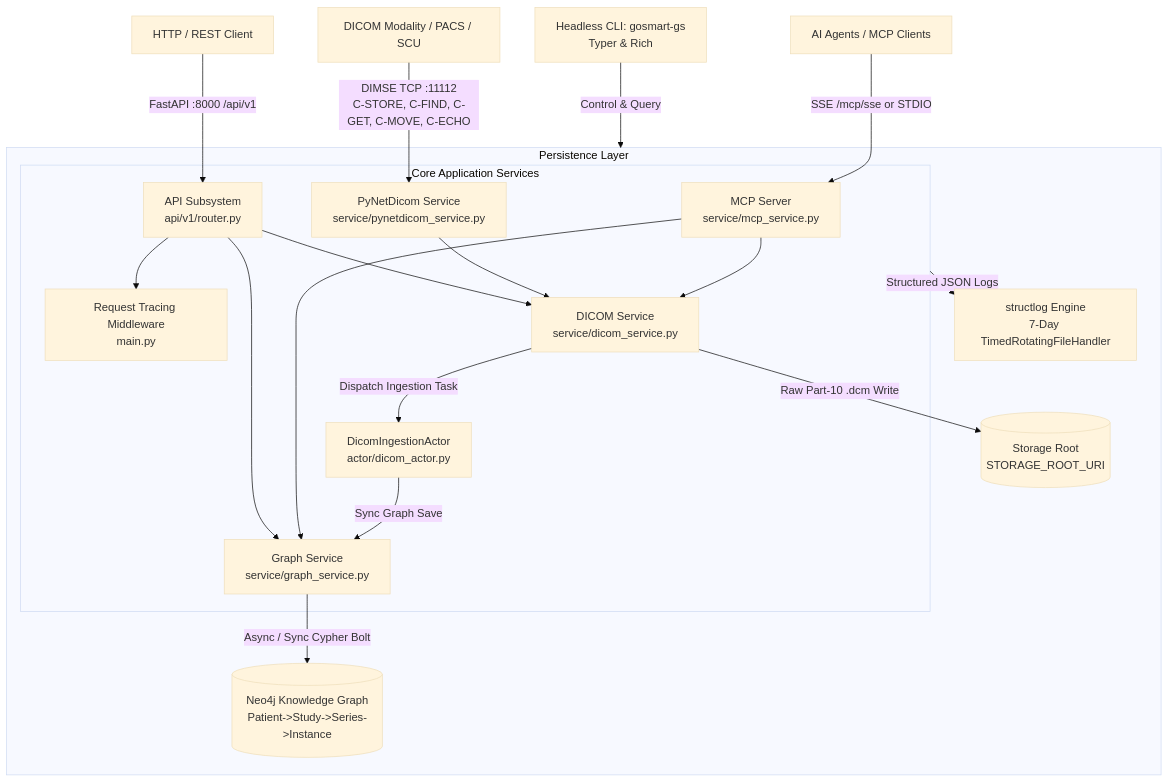
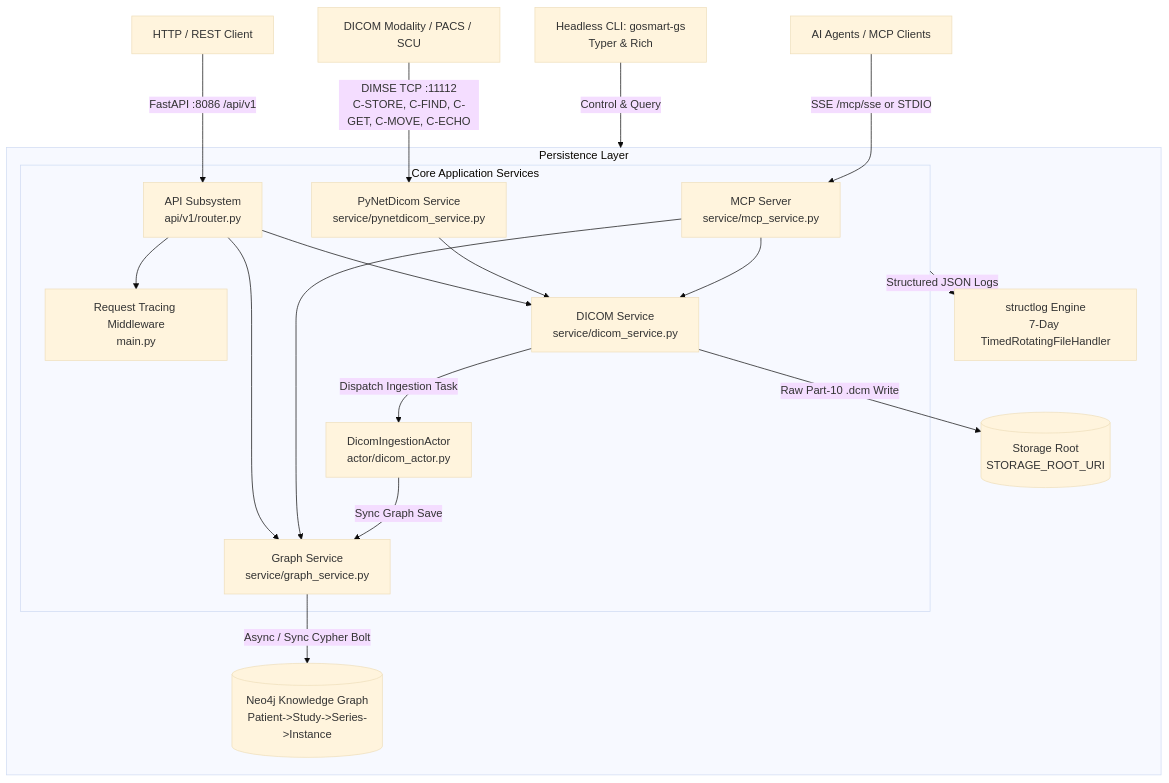
The first of 2 diagrams in docs/design/gsgs_010_system_design_specification.md (gosmart-health/gosmart-graphite), drawn with Mermaid (base theme) before and after one commit. The commit also changed 7 other files, not shown here.

Commit message:
feat(mcp): mount MCP SSE service onto FastAPI server and standardize default port to 8086

````diff
--- a/docs/design/gsgs_010_system_design_specification.md
+++ b/docs/design/gsgs_010_system_design_specification.md
@@ -23,25 +23,25 @@
 ```mermaid
 graph TD
     CLI[Headless CLI: gosmart-gs<br/>Typer & Rich] -->|Control & Query| CoreServices
     MCPAgent[AI Agents / MCP Clients] -->|SSE /mcp/sse or STDIO| MCPServer[MCP Server<br/>service/mcp_service.py]
     RemoteSCU[DICOM Modality / PACS / SCU] -->|DIMSE TCP :11112<br/>C-STORE, C-FIND, C-GET, C-MOVE, C-ECHO| PyNetDicom[PyNetDicom Service<br/>service/pynetdicom_service.py]
-    RESTClient[HTTP / REST Client] -->|FastAPI :8000 /api/v1| APIRouter[API Subsystem<br/>api/v1/router.py]
+    RESTClient[HTTP / REST Client] -->|FastAPI :8086 /api/v1| APIRouter[API Subsystem<br/>api/v1/router.py]
 
     subgraph CoreServices [Core Application Services]
         APIRouter --> StructlogMW[Request Tracing Middleware<br/>main.py]
         MCPServer --> DicomService[DICOM Service<br/>service/dicom_service.py]
         PyNetDicom --> DicomService
         APIRouter --> DicomService
         
         DicomService -->|Dispatch Ingestion Task| PykkaActor[DicomIngestionActor<br/>actor/dicom_actor.py]
         PykkaActor -->|Sync Graph Save| GraphService[Graph Service<br/>service/graph_service.py]
         MCPServer --> GraphService
         APIRouter --> GraphService
     end
 
     subgraph StorageAndPersistence [Persistence Layer]
         DicomService -->|Raw Part-10 .dcm Write| FileStorage[(Storage Root<br/>STORAGE_ROOT_URI)]
         GraphService -->|Async / Sync Cypher Bolt| Neo4jDB[(Neo4j Knowledge Graph<br/>Patient->Study->Series->Instance)]
         CoreServices -->|Structured JSON Logs| LogEngine[structlog Engine<br/>7-Day TimedRotatingFileHandler]
     end
 ```
````
